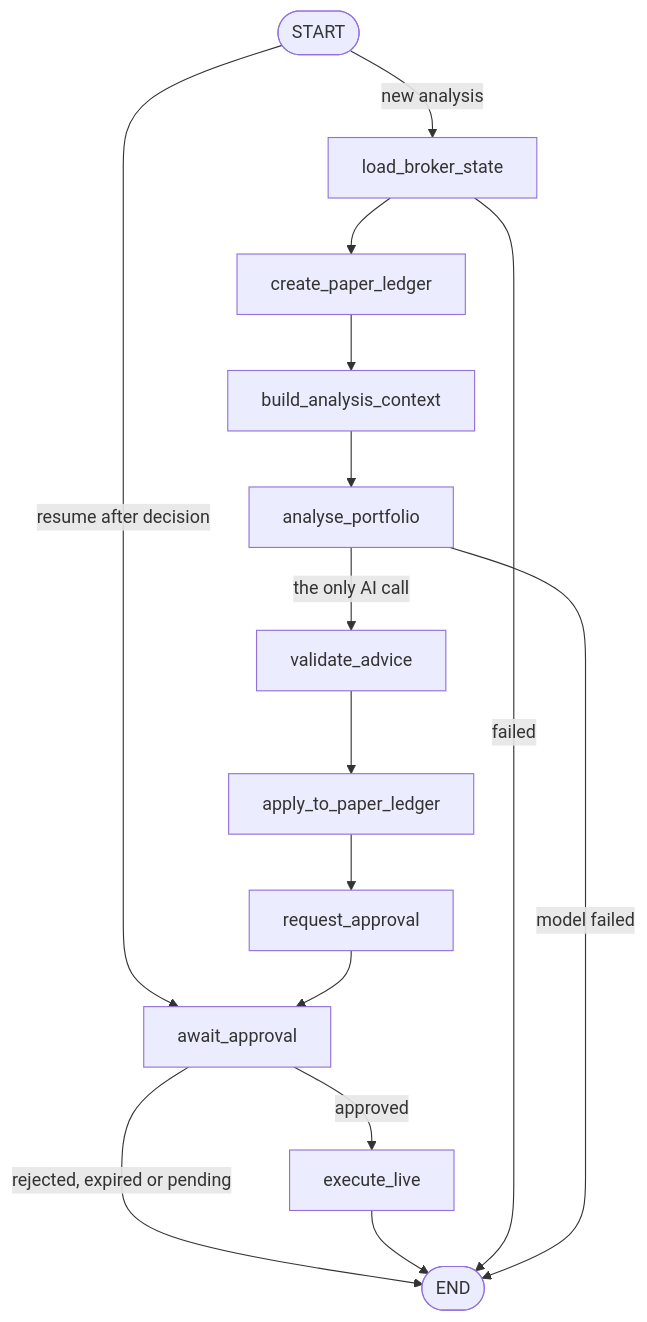
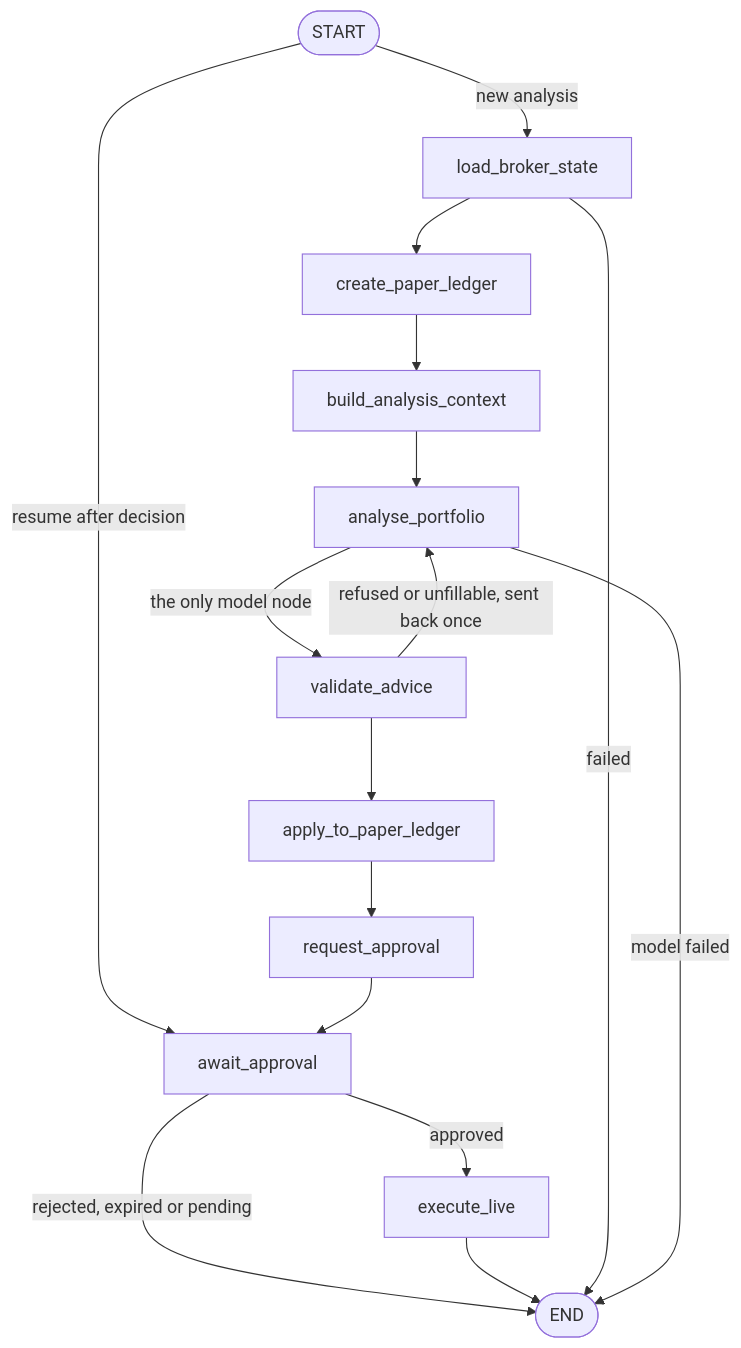
One commit to joseluismuzikant/ia-trading-broker changed the first of 2 diagrams in README.md. Above: the diagram before and after it, drawn with Mermaid. The commit also changed other lines of this file and 41 other files, not shown here.

Commit message:
Add a broker-reader port, paper accounts and per-broker credentials; retry unfillable model answers

````diff
--- a/README.md
+++ b/README.md
@@ -78,17 +78,18 @@
 ```mermaid
 flowchart TD
     START([START]) -->|new analysis| load_broker_state
     START -->|resume after decision| await_approval
     load_broker_state --> create_paper_ledger
     create_paper_ledger --> build_analysis_context
     build_analysis_context --> analyse_portfolio
-    analyse_portfolio -->|the only AI call| validate_advice
+    analyse_portfolio -->|the only model node| validate_advice
+    validate_advice -->|refused or unfillable, sent back once| analyse_portfolio
     validate_advice --> apply_to_paper_ledger
     apply_to_paper_ledger --> request_approval
     request_approval --> await_approval
     await_approval -->|approved| execute_live
     await_approval -->|rejected, expired or pending| finish([END])
     execute_live --> finish
     load_broker_state -->|failed| finish
     analyse_portfolio -->|model failed| finish
 ```
````
